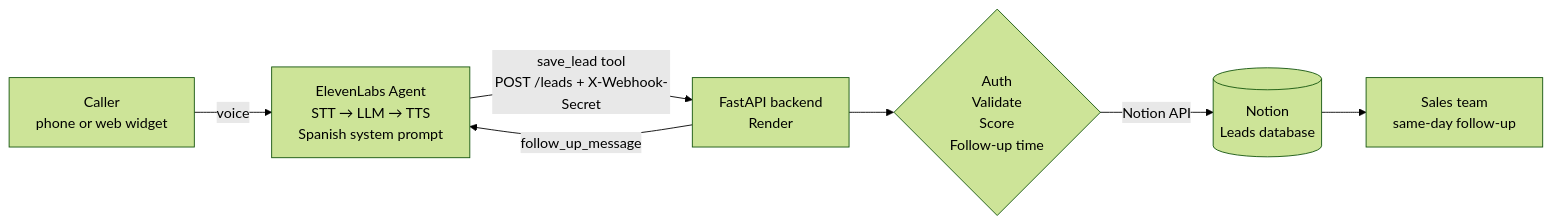
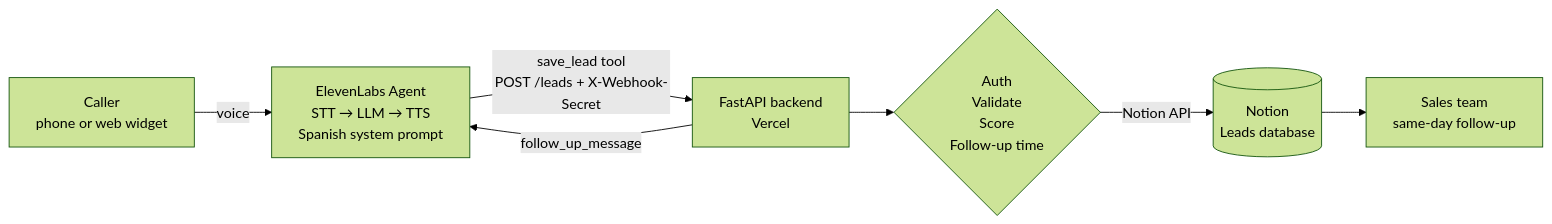
The diagram in README.md (ortegakaryme/eliza-lead-agent), drawn with Mermaid (forest theme) before and after one commit. The commit also changed other lines of this file and 4 other files, not shown here.

````diff
--- a/README.md
+++ b/README.md
@@ -32,9 +32,9 @@
 ```mermaid
 flowchart LR
     A[Caller<br/>phone or web widget] -- voice --> B[ElevenLabs Agent<br/>STT → LLM → TTS<br/>Spanish system prompt]
-    B -- "save_lead tool<br/>POST /leads + X-Webhook-Secret" --> C[FastAPI backend<br/>Render]
+    B -- "save_lead tool<br/>POST /leads + X-Webhook-Secret" --> C[FastAPI backend<br/>Vercel]
     C --> D{Auth<br/>Validate<br/>Score<br/>Follow-up time}
     D -- Notion API --> E[(Notion<br/>Leads database)]
     C -- "follow_up_message" --> B
     E --> F[Sales team<br/>same-day follow-up]
 ```
````
